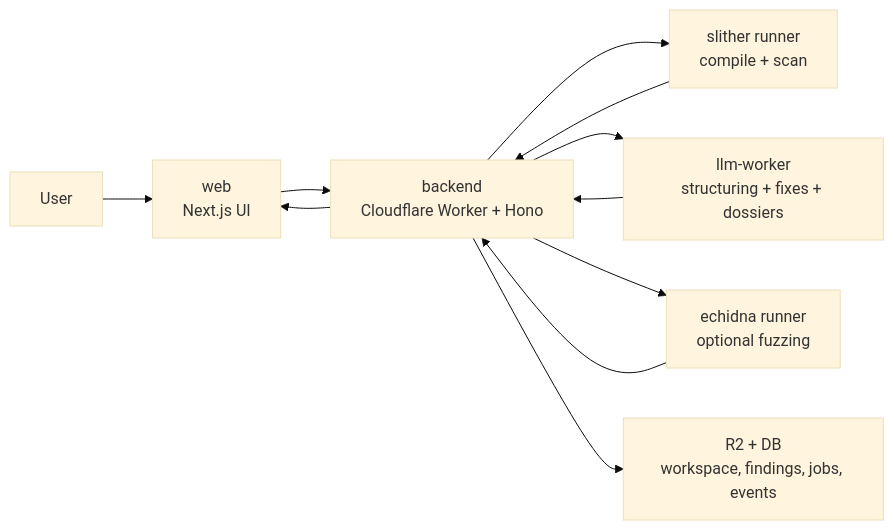
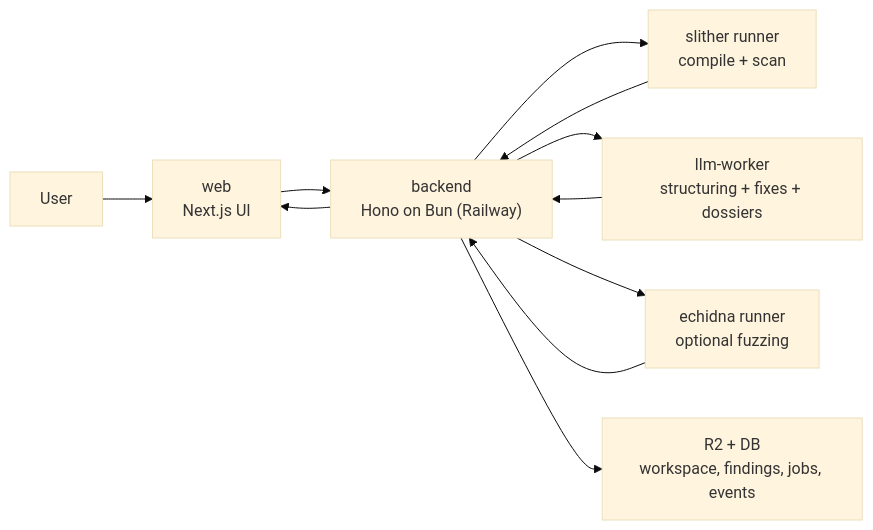
Before and after one commit to Sentinel-Audits/sentinelaudit-oss: the first of 2 diagrams in README.md, drawn with Mermaid (base theme). The commit also changed other lines of this file and 2 other files, not shown here.

Commit message:
Refresh public export: Railway migration + finding-triage sync
- Sync finding-triage.ts method updates (invariant taxonomy); verified
  no real labeled data included — only synthetic illustrative fixtures.
- Update architecture references from Cloudflare Workers to Bun/Railway.
- Stamp EXPORT_INFO with source commit and Apache-2.0 rationale.

````diff
--- a/README.md
+++ b/README.md
@@ -83,13 +83,13 @@
 ```mermaid
 flowchart LR
     U["User"] --> W["web<br/>Next.js UI"]
-    W --> B["backend<br/>Cloudflare Worker + Hono"]
+    W --> B["backend<br/>Hono on Bun (Railway)"]
     B --> S["slither runner<br/>compile + scan"]
     B --> L["llm-worker<br/>structuring + fixes + dossiers"]
     B --> E["echidna runner<br/>optional fuzzing"]
     B --> R["R2 + DB<br/>workspace, findings, jobs, events"]
     S --> B
     L --> B
     E --> B
     B --> W
 ```
````
